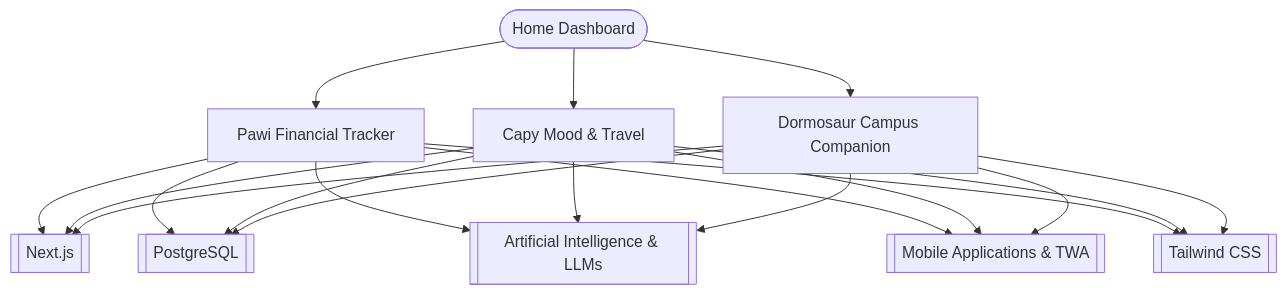
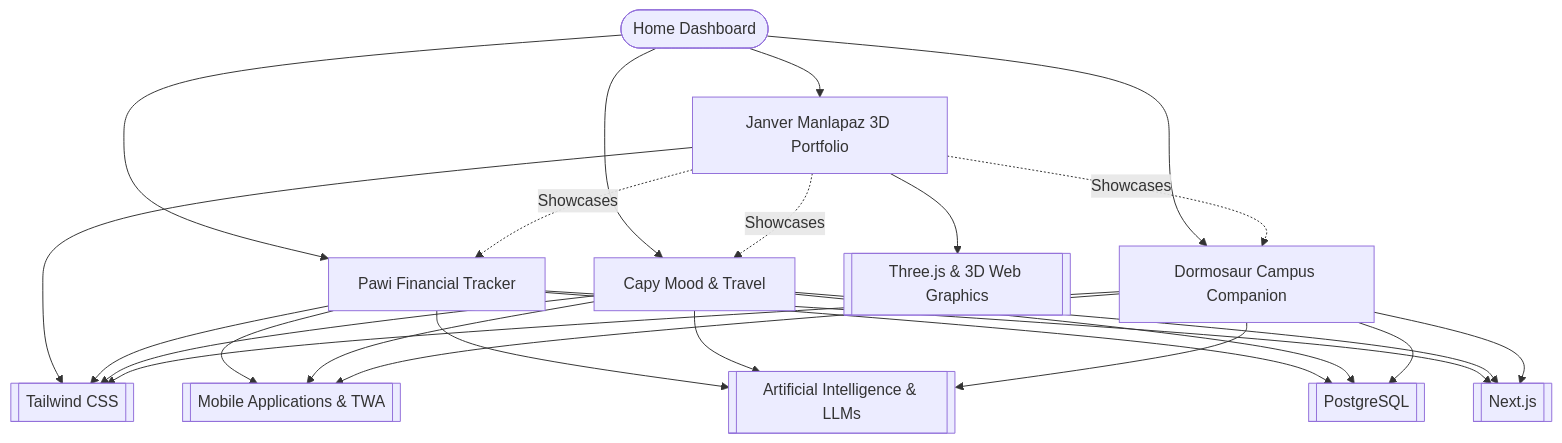
Before and after one commit to janveryuu/knowledge-based: the diagram in Home.md, drawn with Mermaid. The commit also changed other lines of this file and 5 other files, not shown here.

Commit message:
feat: add Janver Manlapaz 3D Portfolio architecture, Three.js hub, and update ecosystem graph

````diff
--- a/Home.md
+++ b/Home.md
@@ -33,26 +35,34 @@
 ```mermaid
 graph TD
-    Dashboard([Home Dashboard]) --> Pawi[Pawi Financial Tracker]
+    Dashboard([Home Dashboard]) --> Portfolio[Janver Manlapaz 3D Portfolio]
+    Dashboard --> Pawi[Pawi Financial Tracker]
     Dashboard --> Capy[Capy Mood & Travel]
     Dashboard --> Dorm[Dormosaur Campus Companion]
+    
+    Portfolio -. Showcases .-> Pawi
+    Portfolio -. Showcases .-> Capy
+    Portfolio -. Showcases .-> Dorm
+    
+    Portfolio --> ThreeJS[[Three.js & 3D Web Graphics]]
+    Portfolio --> Tailwind[[Tailwind CSS]]
     
     Pawi --> NextJS[[Next.js]]
     Capy --> NextJS
     Dorm --> NextJS
     
     Pawi --> PG[[PostgreSQL]]
     Capy --> PG
     Dorm --> PG
     
     Pawi --> AI[[Artificial Intelligence & LLMs]]
     Capy --> AI
     Dorm --> AI
     
     Pawi --> Mobile[[Mobile Applications & TWA]]
     Capy --> Mobile
     Dorm --> Mobile
     
-    Pawi --> Tailwind[[Tailwind CSS]]
+    Pawi --> Tailwind
     Capy --> Tailwind
     Dorm --> Tailwind
 ```
````
